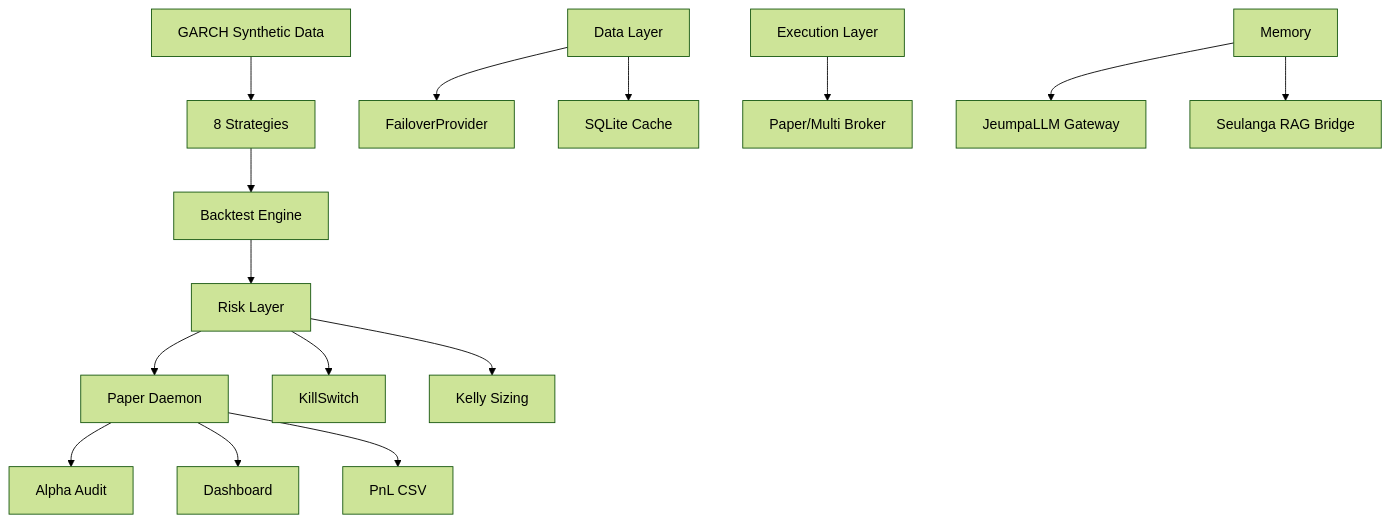
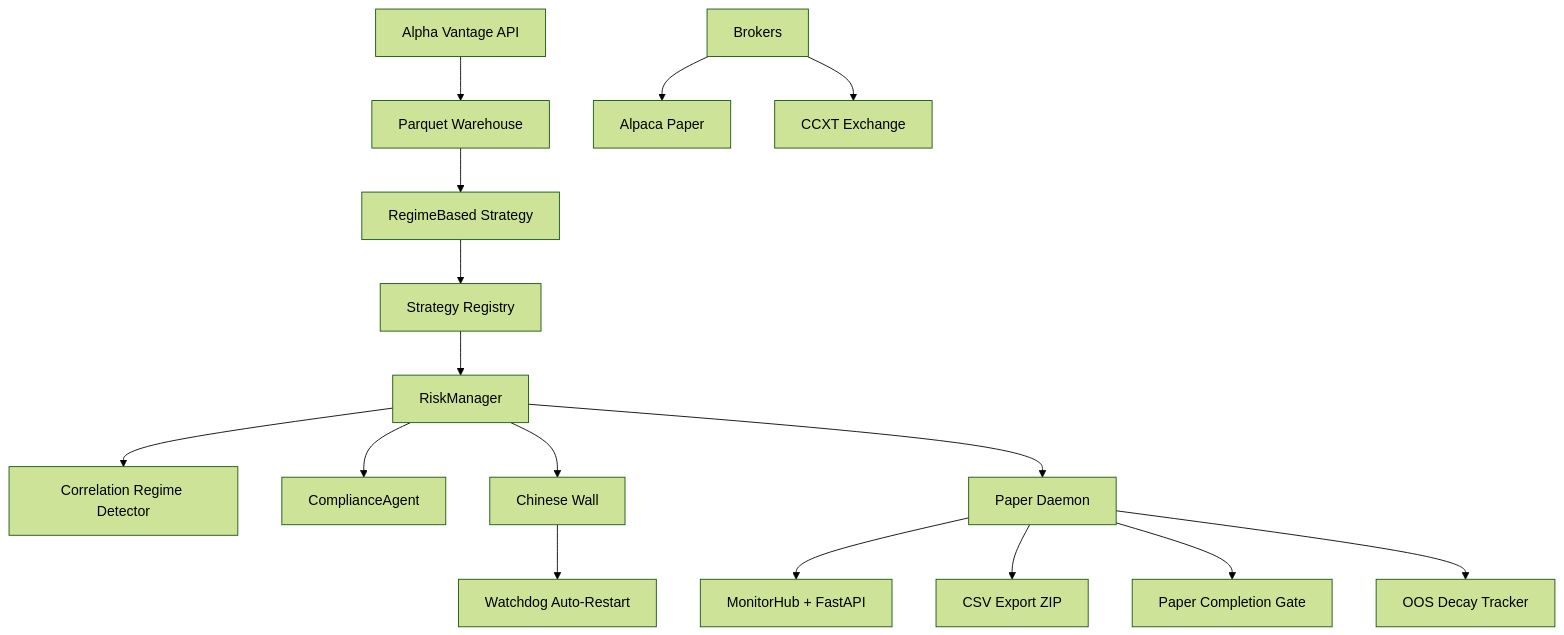
Before and after one commit to mulkymalikuldhrs/Quant-Nanggroe-AI: the first of 2 diagrams in README.md, drawn with Mermaid (forest theme). The commit also changed other lines of this file and 2 other files, not shown here.

````diff
--- a/README.md
+++ b/README.md
@@ -7,17 +7,18 @@
-```mermaid
-graph TD
-    SYNTH[GARCH Synthetic Data] --> STRAT[8 Strategies]
-    STRAT --> BT[Backtest Engine]
-    BT --> RISK[Risk Layer]
-    RISK --> DAEMON[Paper Daemon]
-    DAEMON --> AUDIT[Alpha Audit]
-    DAEMON --> DASH[Dashboard]
-    DAEMON --> PNL[PnL CSV]
-    RISK --> KS[KillSwitch]
-    RISK --> KELLY[Kelly Sizing]
-    DATA[Data Layer] --> FAILOVER[FailoverProvider]
-    DATA --> CACHE[SQLite Cache]
-    EXEC[Execution Layer] --> BROKER[Paper/Multi Broker]
-    MEM[Memory] --> JEUM[JeumpaLLM Gateway]
-    MEM --> SEUL[Seulanga RAG Bridge]
-```
+ ```mermaid
+ graph TD
+     ALPHA[Alpha Vantage API] --> WAREHOUSE[Parquet Warehouse]
+     WAREHOUSE --> STRAT[RegimeBased Strategy]
+     STRAT --> REGIME[Strategy Registry]
+     REGIME --> RM[RiskManager]
+     RM --> CM[Correlation Regime Detector]
+     RM --> COMPL[ComplianceAgent]
+     RM --> CHINESE[Chinese Wall]
+     CHINESE --> WATCHDOG[Watchdog Auto-Restart]
+     RM --> DAEMON[Paper Daemon]
+     DAEMON --> MONITOR[MonitorHub + FastAPI]
+     DAEMON --> EXPORT[CSV Export ZIP]
+     EXEC[Brokers] --> ALPACA[Alpaca Paper]
+     EXEC --> CCXT[CCXT Exchange]
+     DAEMON --> COMPLETION[Paper Completion Gate]
+     DAEMON --> OOS[OOS Decay Tracker]
+ ```
````
